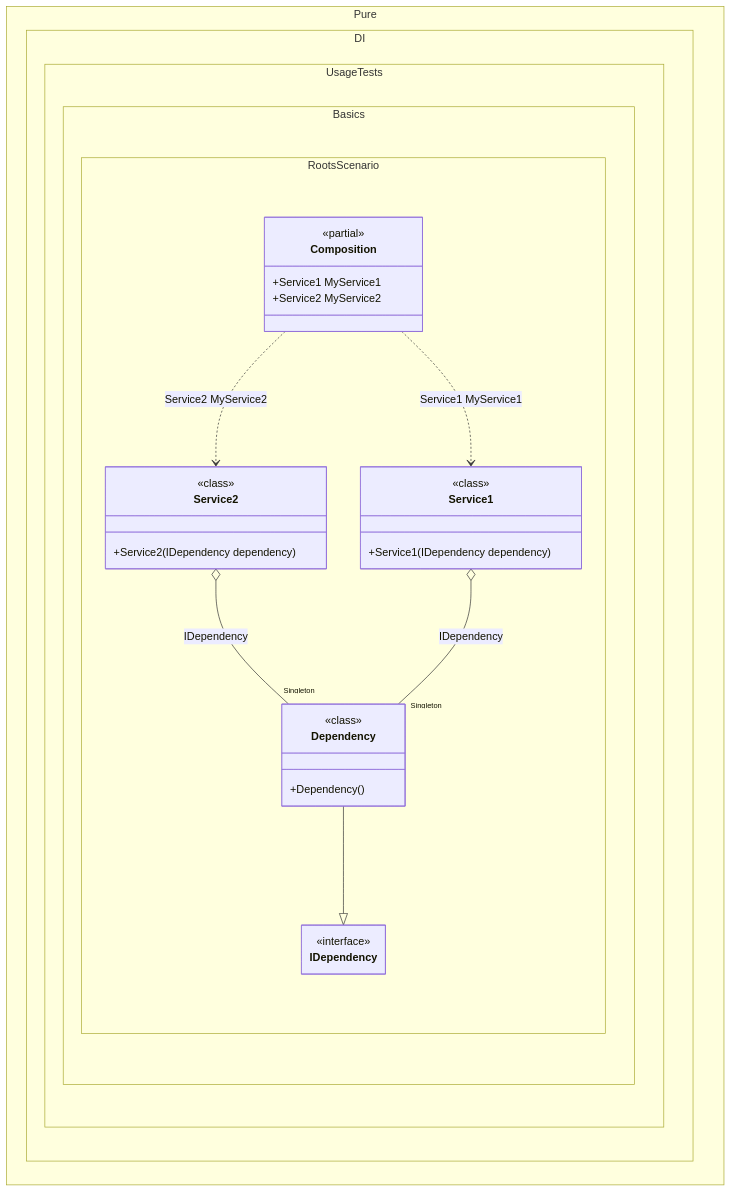
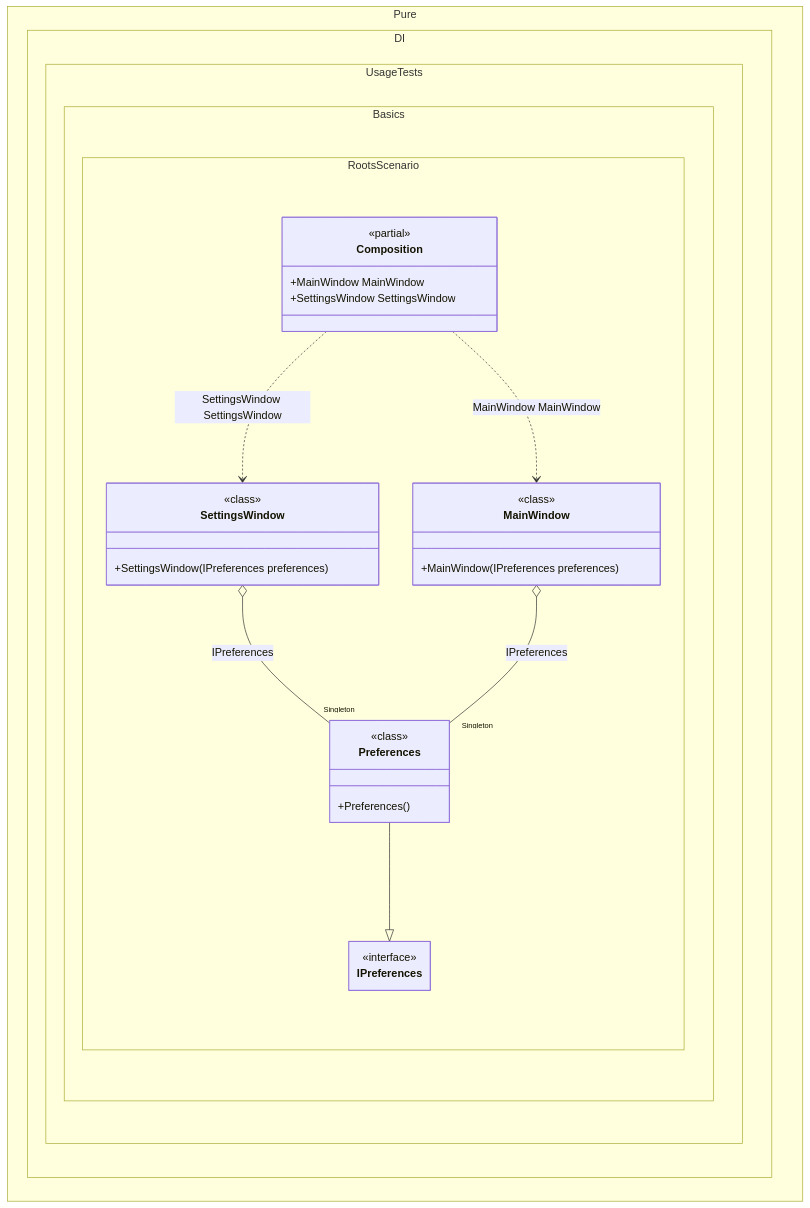
Before and after one commit to DevTeam/Pure.DI: the diagram in readme/roots.md, drawn with Mermaid. The commit also changed other lines of this file and 126 other files, not shown here.

````diff
--- a/readme/roots.md
+++ b/readme/roots.md
@@ -131,37 +132,37 @@
 ```mermaid
 ---
  config:
   maxTextSize: 2147483647
   maxEdges: 2147483647
   class:
    hideEmptyMembersBox: true
 ---
 classDiagram
-	Dependency --|> IDependency
-	Composition ..> Service2 : Service2 MyService2
-	Composition ..> Service1 : Service1 MyService1
-	Service2 o-- "Singleton" Dependency : IDependency
-	Service1 o-- "Singleton" Dependency : IDependency
+	Preferences --|> IPreferences
+	Composition ..> SettingsWindow : SettingsWindow SettingsWindow
+	Composition ..> MainWindow : MainWindow MainWindow
+	SettingsWindow o-- "Singleton" Preferences : IPreferences
+	MainWindow o-- "Singleton" Preferences : IPreferences
 	namespace Pure.DI.UsageTests.Basics.RootsScenario {
 		class Composition {
 		<<partial>>
-		+Service1 MyService1
-		+Service2 MyService2
+		+MainWindow MainWindow
+		+SettingsWindow SettingsWindow
 		}
-		class Dependency {
-				<<class>>
-			+Dependency()
-		}
-		class IDependency {
+		class IPreferences {
 			<<interface>>
 		}
-		class Service1 {
+		class MainWindow {
 				<<class>>
-			+Service1(IDependency dependency)
+			+MainWindow(IPreferences preferences)
 		}
-		class Service2 {
+		class Preferences {
 				<<class>>
-			+Service2(IDependency dependency)
+			+Preferences()
+		}
+		class SettingsWindow {
+				<<class>>
+			+SettingsWindow(IPreferences preferences)
 		}
 	}
 ```
````
